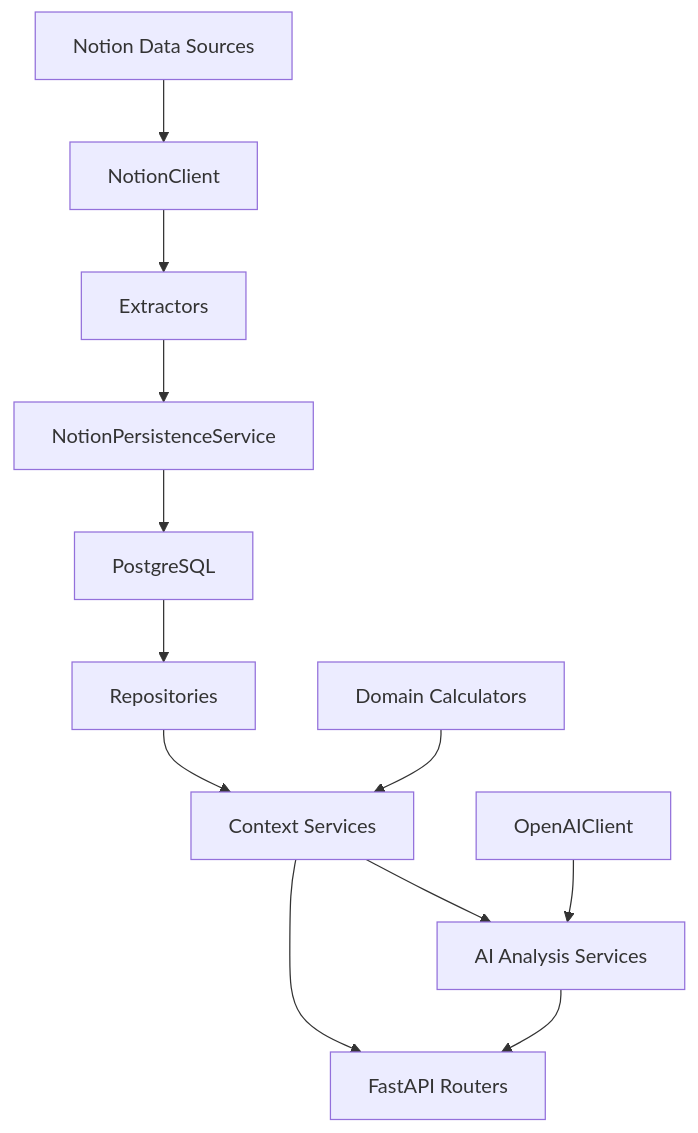
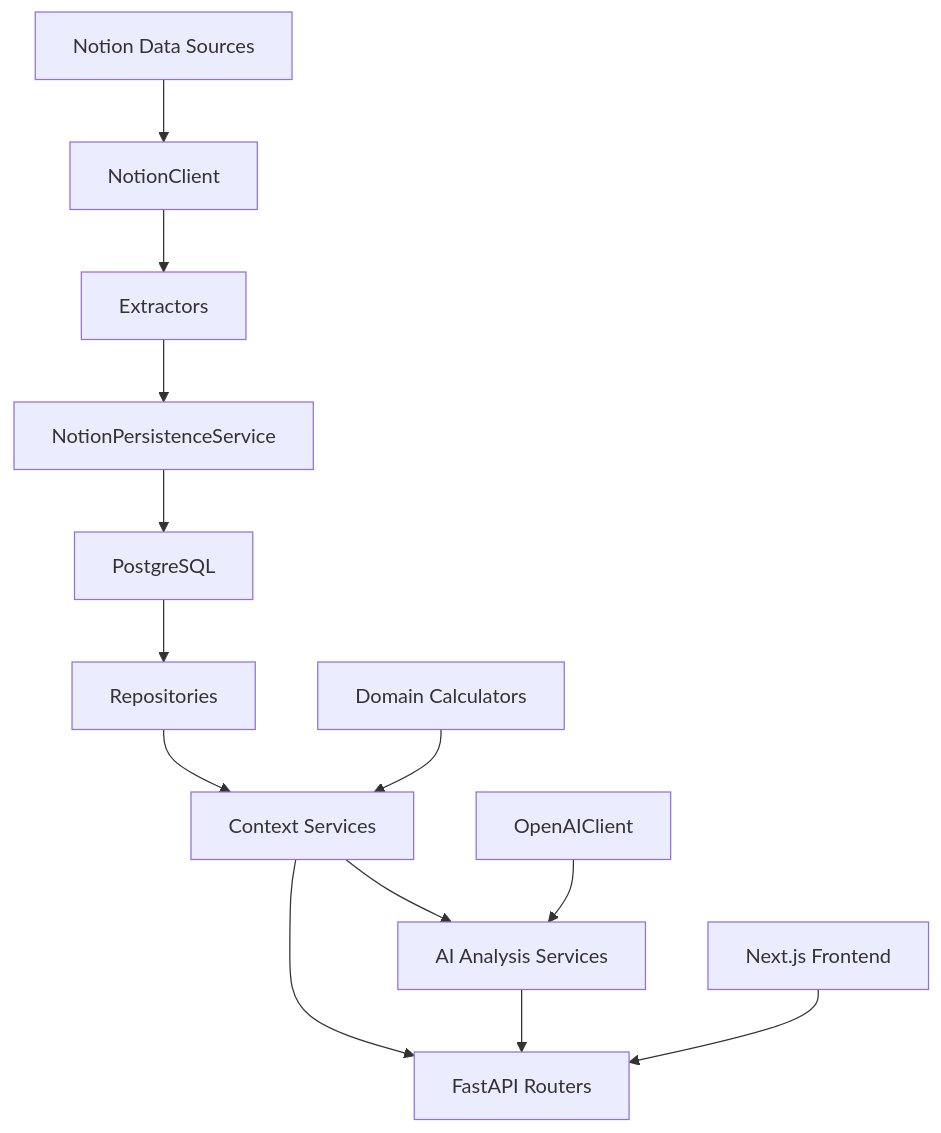
Before and after one commit to Leondaniel2202/ldk-athlete-ai-coach: the diagram in docs/architecture/system-map.md, drawn with Mermaid. The commit also changed other lines of this file and 27 other files, not shown here.

````diff
--- a/docs/architecture/system-map.md
+++ b/docs/architecture/system-map.md
@@ -12,26 +12,28 @@
 ```mermaid
 flowchart TD
     A[Notion Data Sources]
     B[NotionClient]
     C[Extractors]
     D[NotionPersistenceService]
     E[PostgreSQL]
     F[Repositories]
     G[Context Services]
     H[Domain Calculators]
     I[FastAPI Routers]
     J[OpenAIClient]
     K[AI Analysis Services]
+    L[Next.js Frontend]
 
     A --> B
     B --> C
     C --> D
     D --> E
     E --> F
     F --> G
     H --> G
     G --> I
     G --> K
     J --> K
     K --> I
+    L --> I
 ```
````
